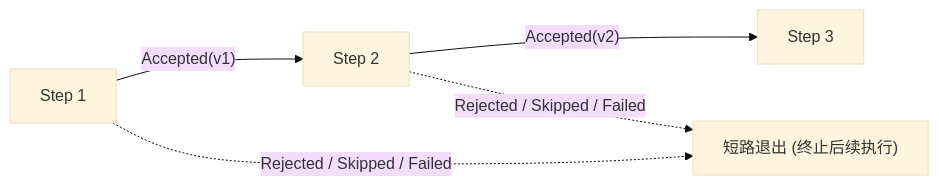
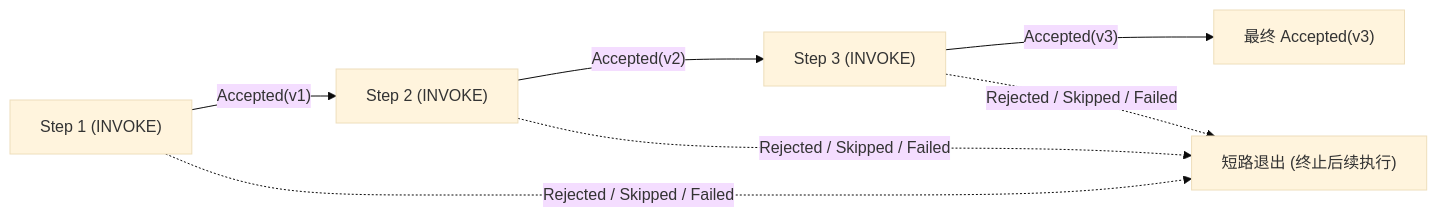
The first of 4 diagrams in docs/flow/flow-propagation.md (team4u/team4u-framework), drawn with Mermaid (base theme) before and after one commit. The commit also changed other lines of this file and 21 other files, not shown here.

Commit message:
docs(flow): deepen technical documentation across core, governance, durable, and testing

````diff
--- a/docs/flow/flow-propagation.md
+++ b/docs/flow/flow-propagation.md
@@ -26,7 +28,10 @@
 ```mermaid
 graph LR
-    Step1["Step 1"] -->|"Accepted(v1)"| Step2["Step 2"]
-    Step2 -->|"Accepted(v2)"| Step3["Step 3"]
+    Step1["Step 1 (INVOKE)"] -->|"Accepted(v1)"| Step2["Step 2 (INVOKE)"]
+    Step2 -->|"Accepted(v2)"| Step3["Step 3 (INVOKE)"]
+    Step3 -->|"Accepted(v3)"| Out["最终 Accepted(v3)"]
+    
     Step1 -.->|Rejected / Skipped / Failed| ShortCircuit["短路退出 (终止后续执行)"]
     Step2 -.->|Rejected / Skipped / Failed| ShortCircuit
+    Step3 -.->|Rejected / Skipped / Failed| ShortCircuit
 ```
````
